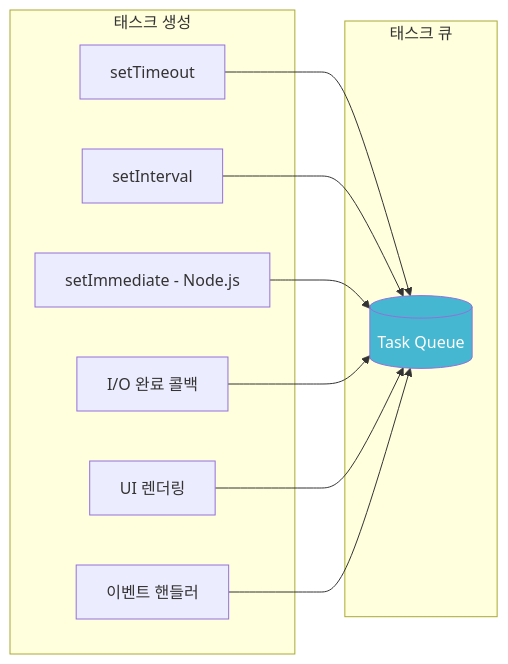
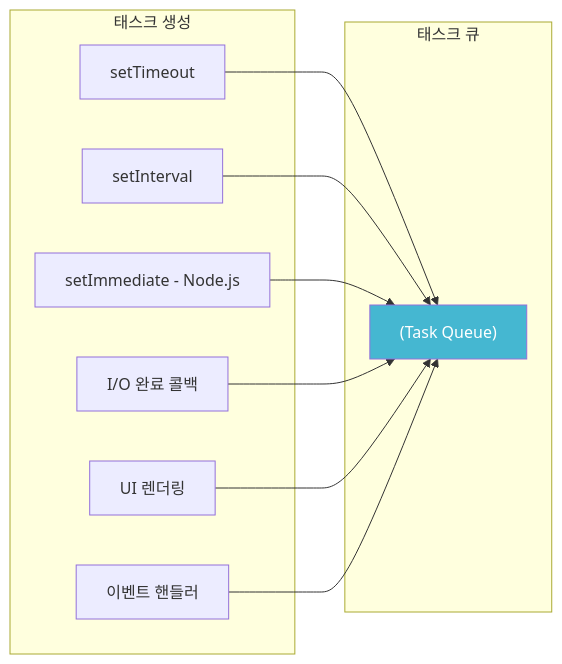
The fifth of 15 diagrams in _posts/frontend/2026-05-02-js-event-loop.md (yjkim2015/yjkim2015.github.io), drawn with Mermaid before and after one commit. The commit also changed other lines of this file and 87 other files, not shown here.

First line of the commit message:
Massive quality pass: rewrite 49 old posts, fix Mermaid, card layouts

````diff
--- a/_posts/frontend/2026-05-02-js-event-loop.md
+++ b/_posts/frontend/2026-05-02-js-event-loop.md
@@ -190,24 +190,24 @@
 ```mermaid
 graph LR
     subgraph "태스크 생성"
         ST[setTimeout]
         SI[setInterval]
         SR[setImmediate - Node.js]
-        IO[I/O 완료 콜백]
-        UI[UI 렌더링]
-        EV[이벤트 핸들러]
+        IO["I/O 완료 콜백"]
+        UI["UI 렌더링"]
+        EV["이벤트 핸들러"]
     end
 
     subgraph "태스크 큐"
-        TQ[(Task Queue)]
+        TQ["(Task Queue)"]
     end
 
     ST --> TQ
     SI --> TQ
     SR --> TQ
     IO --> TQ
     UI --> TQ
     EV --> TQ
 
     style TQ fill:#45b7d1,color:#fff
 ```
````
